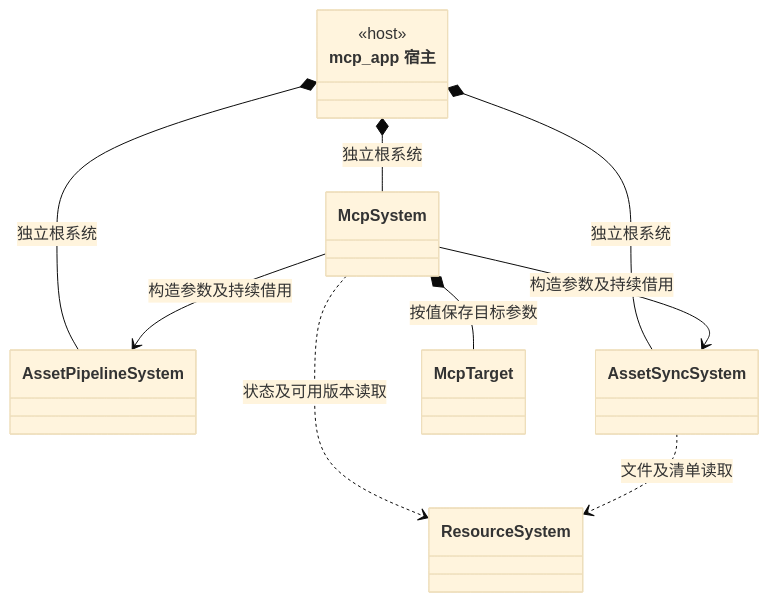
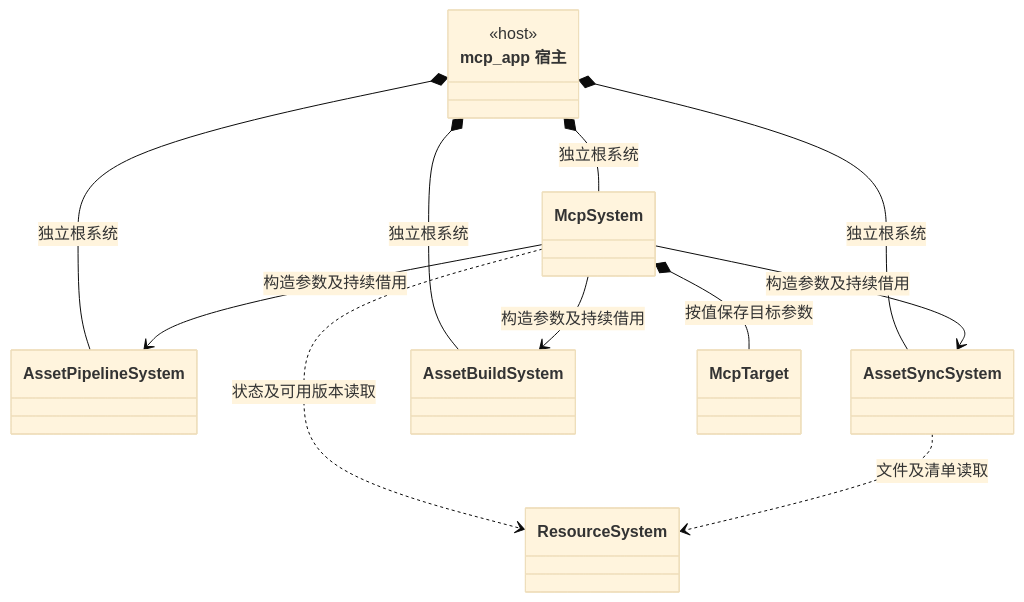
Before and after one commit to lcals/Engine: the tenth of 22 diagrams in docs/class-diagrams/references.md, drawn with Mermaid (base theme). The commit also changed other lines of this file and 96 other files, not shown here.

````diff
--- a/docs/class-diagrams/references.md
+++ b/docs/class-diagrams/references.md
@@ -290,20 +292,23 @@
 ```mermaid
 classDiagram
     direction TB
     class McpHost["mcp_app 宿主"] {
         <<host>>
     }
     class McpSystem
     class AssetPipelineSystem
     class AssetSyncSystem
     class ResourceSystem
+    class AssetBuildSystem
     McpHost *-- AssetPipelineSystem : 独立根系统
+    McpHost *-- AssetBuildSystem : 独立根系统
     McpHost *-- AssetSyncSystem : 独立根系统
     McpHost *-- McpSystem : 独立根系统
     class McpTarget
     McpSystem *-- McpTarget : 按值保存目标参数
     McpSystem --> AssetPipelineSystem : 构造参数及持续借用
+    McpSystem --> AssetBuildSystem : 构造参数及持续借用
     McpSystem --> AssetSyncSystem : 构造参数及持续借用
     McpSystem ..> ResourceSystem : 状态及可用版本读取
     AssetSyncSystem ..> ResourceSystem : 文件及清单读取
 ```
````
